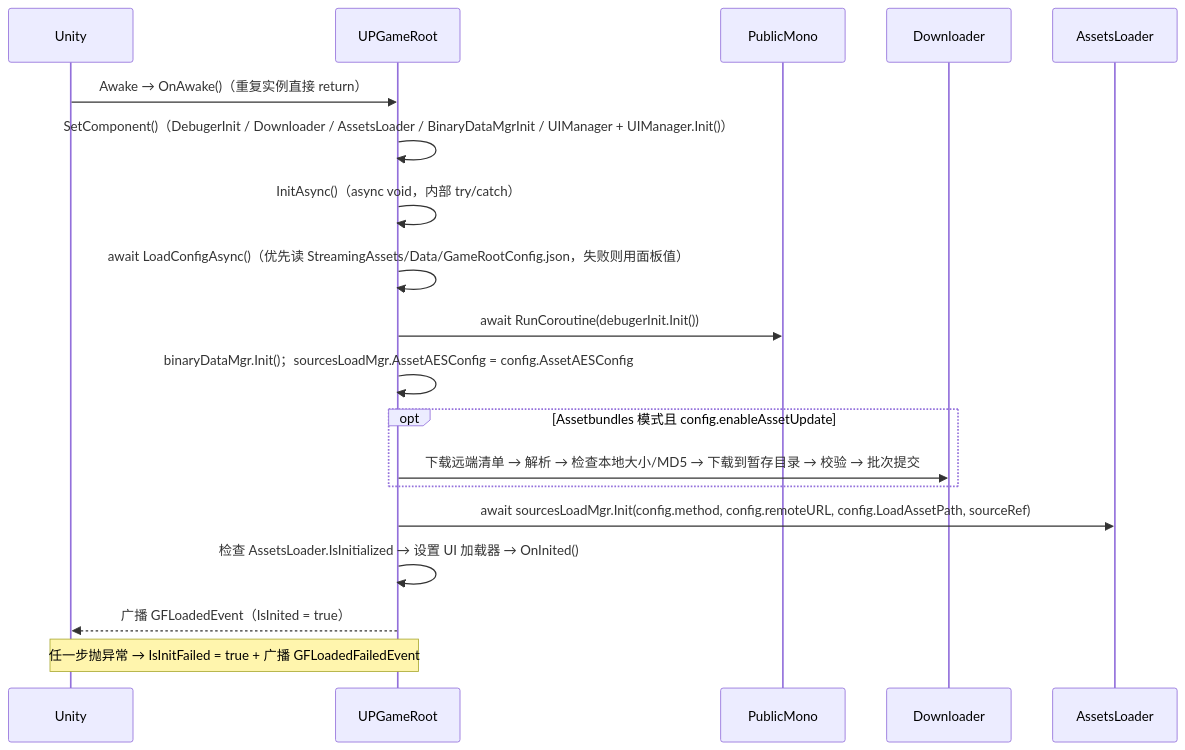
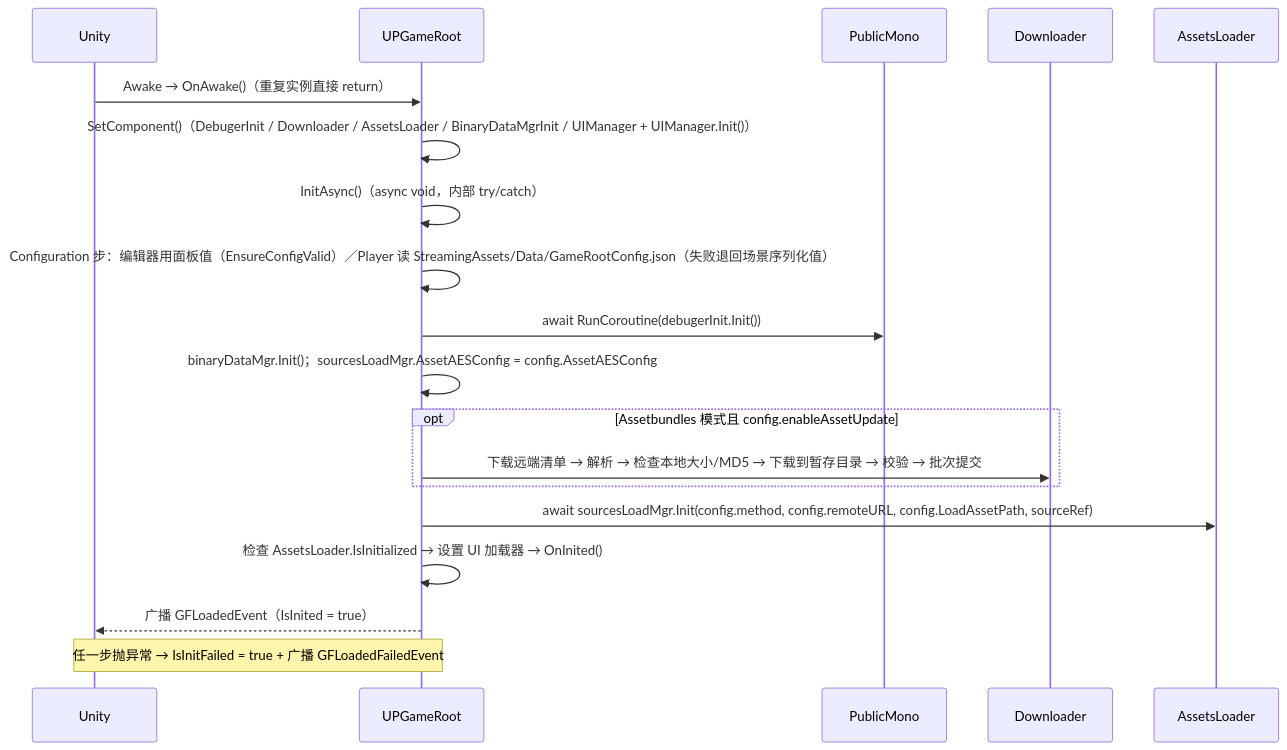
One commit to HJX-GitUser/UPandaFramework changed the first of 3 diagrams in Runtime/Manager/GameRoot/README.md. Above: the diagram before and after it, drawn with Mermaid. The commit also changed other lines of this file and 23 other files, not shown here.

````diff
--- a/Runtime/Manager/GameRoot/README.md
+++ b/Runtime/Manager/GameRoot/README.md
@@ -18,22 +18,22 @@
 ```mermaid
 sequenceDiagram
     participant U as Unity
     participant R as UPGameRoot
     participant P as PublicMono
     participant D as Downloader
     participant A as AssetsLoader
 
     U->>R: Awake → OnAwake()（重复实例直接 return）
     R->>R: SetComponent()（DebugerInit / Downloader / AssetsLoader / BinaryDataMgrInit / UIManager + UIManager.Init()）
     R->>R: InitAsync()（async void，内部 try/catch）
-    R->>R: await LoadConfigAsync()（优先读 StreamingAssets/Data/GameRootConfig.json，失败则用面板值）
+    R->>R: Configuration 步：编辑器用面板值（EnsureConfigValid）／Player 读 StreamingAssets/Data/GameRootConfig.json（失败退回场景序列化值）
     R->>P: await RunCoroutine(debugerInit.Init())
     R->>R: binaryDataMgr.Init()；sourcesLoadMgr.AssetAESConfig = config.AssetAESConfig
     opt Assetbundles 模式且 config.enableAssetUpdate
         R->>D: 下载远端清单 → 解析 → 检查本地大小/MD5 → 下载到暂存目录 → 校验 → 批次提交
     end
     R->>A: await sourcesLoadMgr.Init(config.method, config.remoteURL, config.LoadAssetPath, sourceRef)
     R->>R: 检查 AssetsLoader.IsInitialized → 设置 UI 加载器 → OnInited()
     R-->>U: 广播 GFLoadedEvent（IsInited = true）
     Note over R,U: 任一步抛异常 → IsInitFailed = true + 广播 GFLoadedFailedEvent
 ```
````
